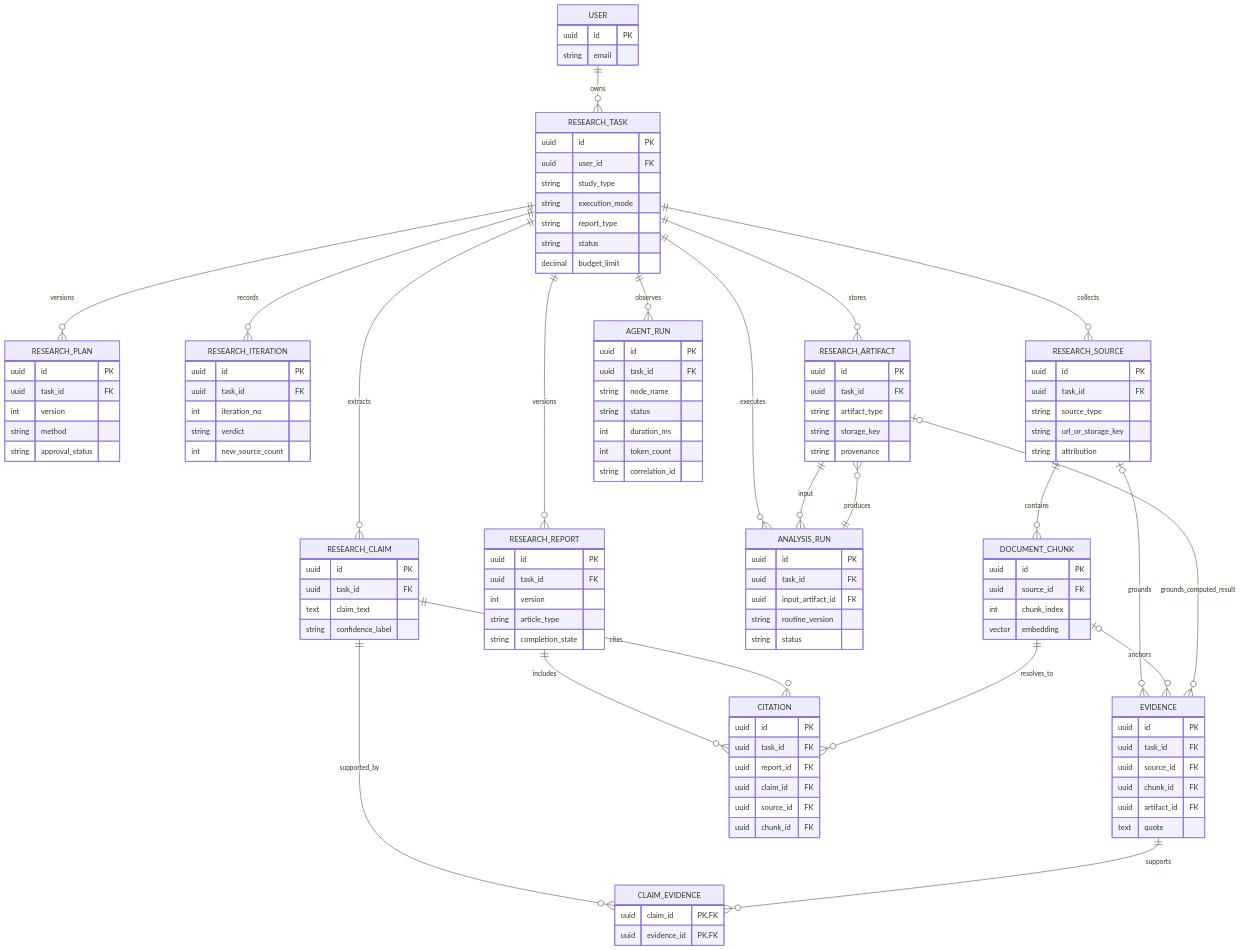
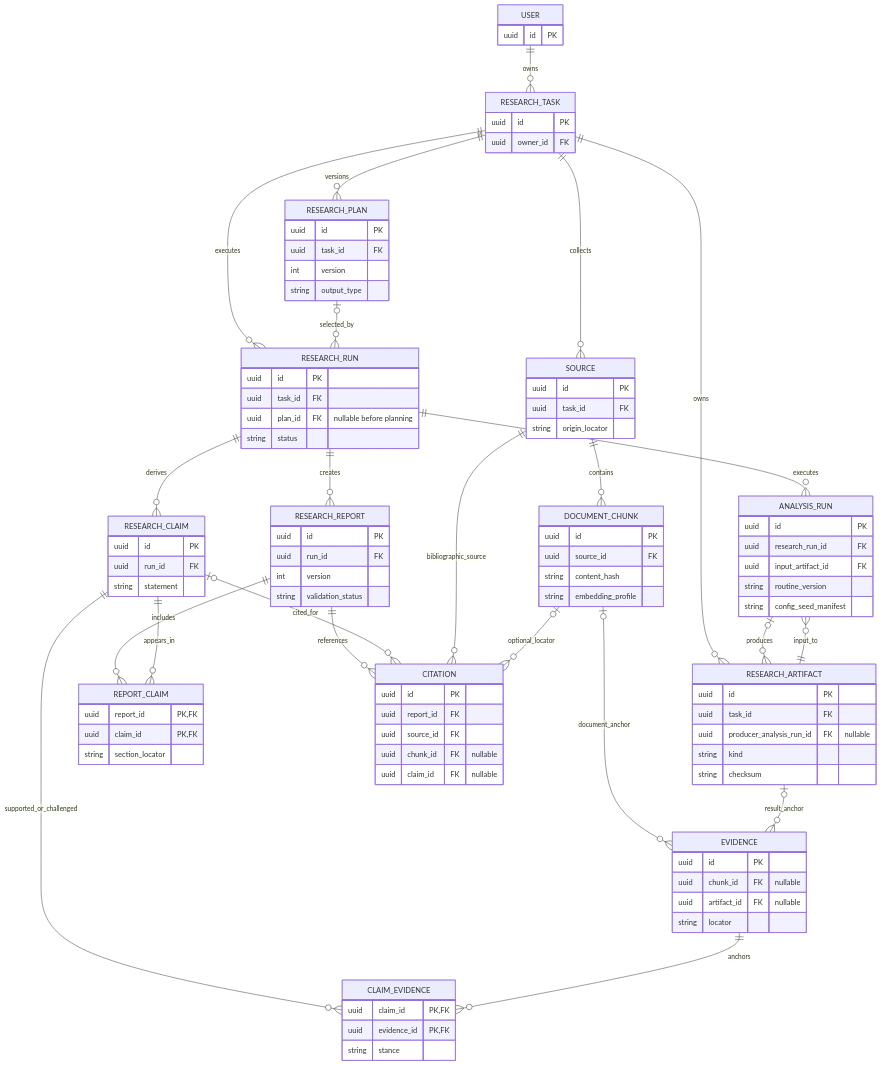
One commit to NguyenChien536/Multi-Agent-Research-System changed the fifth of 5 diagrams in docs/project/midterm-report.md. Above: the diagram before and after it, drawn with Mermaid. The commit also changed other lines of this file and 21 other files, not shown here.

Commit message:
docs: finalize multi-agent research design and plan

````diff
--- a/docs/project/midterm-report.md
+++ b/docs/project/midterm-report.md
@@ -372,119 +338,103 @@
 erDiagram
     USER ||--o{ RESEARCH_TASK : owns
     RESEARCH_TASK ||--o{ RESEARCH_PLAN : versions
-    RESEARCH_TASK ||--o{ RESEARCH_ITERATION : records
-    RESEARCH_TASK ||--o{ RESEARCH_SOURCE : collects
-    RESEARCH_SOURCE ||--o{ DOCUMENT_CHUNK : contains
-    RESEARCH_TASK ||--o{ RESEARCH_CLAIM : extracts
-    RESEARCH_SOURCE o|--o{ EVIDENCE : grounds
-    DOCUMENT_CHUNK o|--o{ EVIDENCE : anchors
-    RESEARCH_ARTIFACT o|--o{ EVIDENCE : grounds_computed_result
-    RESEARCH_CLAIM ||--o{ CLAIM_EVIDENCE : supported_by
-    EVIDENCE ||--o{ CLAIM_EVIDENCE : supports
-    RESEARCH_TASK ||--o{ RESEARCH_ARTIFACT : stores
-    RESEARCH_TASK ||--o{ ANALYSIS_RUN : executes
-    RESEARCH_ARTIFACT ||--o{ ANALYSIS_RUN : input
-    ANALYSIS_RUN ||--o{ RESEARCH_ARTIFACT : produces
-    RESEARCH_TASK ||--o{ RESEARCH_REPORT : versions
-    RESEARCH_REPORT ||--o{ CITATION : includes
-    RESEARCH_CLAIM ||--o{ CITATION : cites
-    DOCUMENT_CHUNK ||--o{ CITATION : resolves_to
-    RESEARCH_TASK ||--o{ AGENT_RUN : observes
+    RESEARCH_TASK ||--o{ RESEARCH_RUN : executes
+    RESEARCH_PLAN |o--o{ RESEARCH_RUN : selected_by
+    RESEARCH_TASK ||--o{ SOURCE : collects
+    SOURCE ||--o{ DOCUMENT_CHUNK : contains
+    RESEARCH_RUN ||--o{ RESEARCH_CLAIM : derives
+    RESEARCH_CLAIM ||--o{ CLAIM_EVIDENCE : supported_or_challenged
+    EVIDENCE ||--o{ CLAIM_EVIDENCE : anchors
+    DOCUMENT_CHUNK |o--o{ EVIDENCE : document_anchor
+    RESEARCH_ARTIFACT |o--o{ EVIDENCE : result_anchor
+    RESEARCH_TASK ||--o{ RESEARCH_ARTIFACT : owns
+    RESEARCH_RUN ||--o{ ANALYSIS_RUN : executes
+    RESEARCH_ARTIFACT ||--o{ ANALYSIS_RUN : input_to
+    ANALYSIS_RUN |o--o{ RESEARCH_ARTIFACT : produces
+    RESEARCH_RUN ||--o{ RESEARCH_REPORT : creates
+    RESEARCH_REPORT ||--o{ REPORT_CLAIM : includes
+    RESEARCH_CLAIM ||--o{ REPORT_CLAIM : appears_in
+    RESEARCH_REPORT ||--o{ CITATION : references
+    RESEARCH_CLAIM |o--o{ CITATION : cited_for
+    SOURCE ||--o{ CITATION : bibliographic_source
+    DOCUMENT_CHUNK |o--o{ CITATION : optional_locator
 
     USER {
         uuid id PK
-        string email
     }
     RESEARCH_TASK {
         uuid id PK
-        uuid user_id FK
-        string study_type
-        string execution_mode
-        string report_type
-        string status
-        decimal budget_limit
+        uuid owner_id FK
     }
     RESEARCH_PLAN {
         uuid id PK
         uuid task_id FK
         int version
-        string method
-        string approval_status
+        string output_type
     }
-    RESEARCH_ITERATION {
+    RESEARCH_RUN {
         uuid id PK
         uuid task_id FK
-        int iteration_no
-        string verdict
-        int new_source_count
+        uuid plan_id FK "nullable before planning"
+        string status
     }
-    RESEARCH_SOURCE {
+    SOURCE {
         uuid id PK
         uuid task_id FK
-        string source_type
-        string url_or_storage_key
-        string attribution
+        string origin_locator
     }
     DOCUMENT_CHUNK {
         uuid id PK
         uuid source_id FK
-        int chunk_index
-        vector embedding
+        string content_hash
+        string embedding_profile
     }
     RESEARCH_CLAIM {
         uuid id PK
-        uuid task_id FK
-        text claim_text
-        string confidence_label
+        uuid run_id FK
+        string statement
     }
     EVIDENCE {
         uuid id PK
-        uuid task_id FK
-        uuid source_id FK
-        uuid chunk_id FK
-        uuid artifact_id FK
-        text quote
+        uuid chunk_id FK "nullable"
+        uuid artifact_id FK "nullable"
+        string locator
     }
     CLAIM_EVIDENCE {
-        uuid claim_id PK, FK
-        uuid evidence_id PK, FK
+        uuid claim_id PK,FK
+        uuid evidence_id PK,FK
+        string stance
     }
     RESEARCH_ARTIFACT {
         uuid id PK
         uuid task_id FK
-        string artifact_type
-        string storage_key
-        string provenance
+        uuid producer_analysis_run_id FK "nullable"
+        string kind
+        string checksum
     }
     ANALYSIS_RUN {
         uuid id PK
-        uuid task_id FK
+        uuid research_run_id FK
         uuid input_artifact_id FK
         string routine_version
-        string status
+        string config_seed_manifest
     }
     RESEARCH_REPORT {
         uuid id PK
-        uuid task_id FK
+        uuid run_id FK
         int version
-        string article_type
-        string completion_state
+        string validation_status
+    }
+    REPORT_CLAIM {
+        uuid report_id PK,FK
+        uuid claim_id PK,FK
+        string section_locator
     }
     CITATION {
         uuid id PK
-        uuid task_id FK
         uuid report_id FK
-        uuid claim_id FK
         uuid source_id FK
-        uuid chunk_id FK
-    }
-    AGENT_RUN {
-        uuid id PK
-        uuid task_id FK
-        string node_name
-        string status
-        int duration_ms
-        int token_count
-        string correlation_id
+        uuid chunk_id FK "nullable"
+        uuid claim_id FK "nullable"
     }
 ```
````
